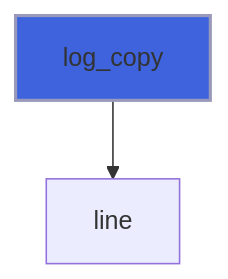
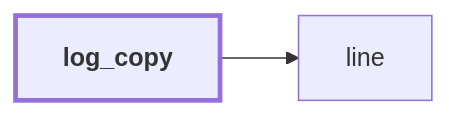
One commit to szaghi/figure changed diagram 16 of 16 in docs/api/src/lib/figure_process.md. Above: the diagram before and after it, drawn with Mermaid. The commit also changed other lines of this file and 54 other files, not shown here.

````diff
--- a/docs/api/src/lib/figure_process.md
+++ b/docs/api/src/lib/figure_process.md
@@ -643,5 +710,6 @@
 ```mermaid
-flowchart TD
+flowchart LR
   log_copy["log_copy"] --> line["line"]
-  style log_copy fill:#3e63dd,stroke:#99b,stroke-width:2px
+  classDef focus stroke-width:3px,font-weight:bold
+  class log_copy focus
 ```
````
